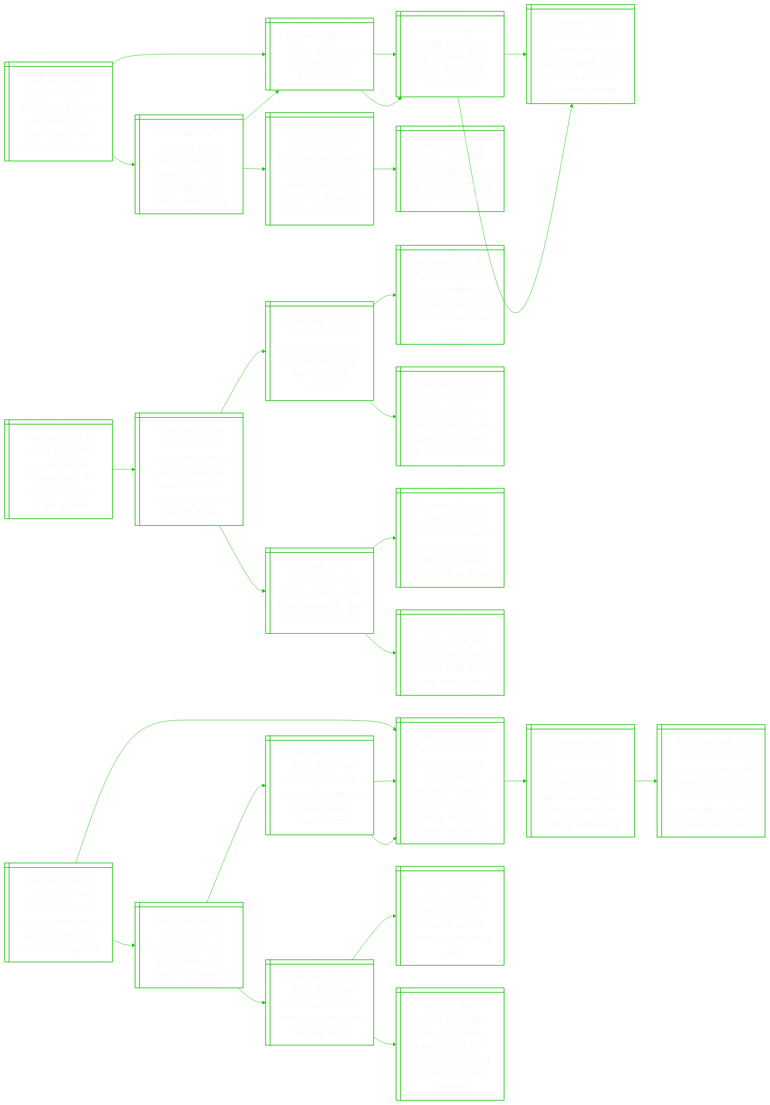
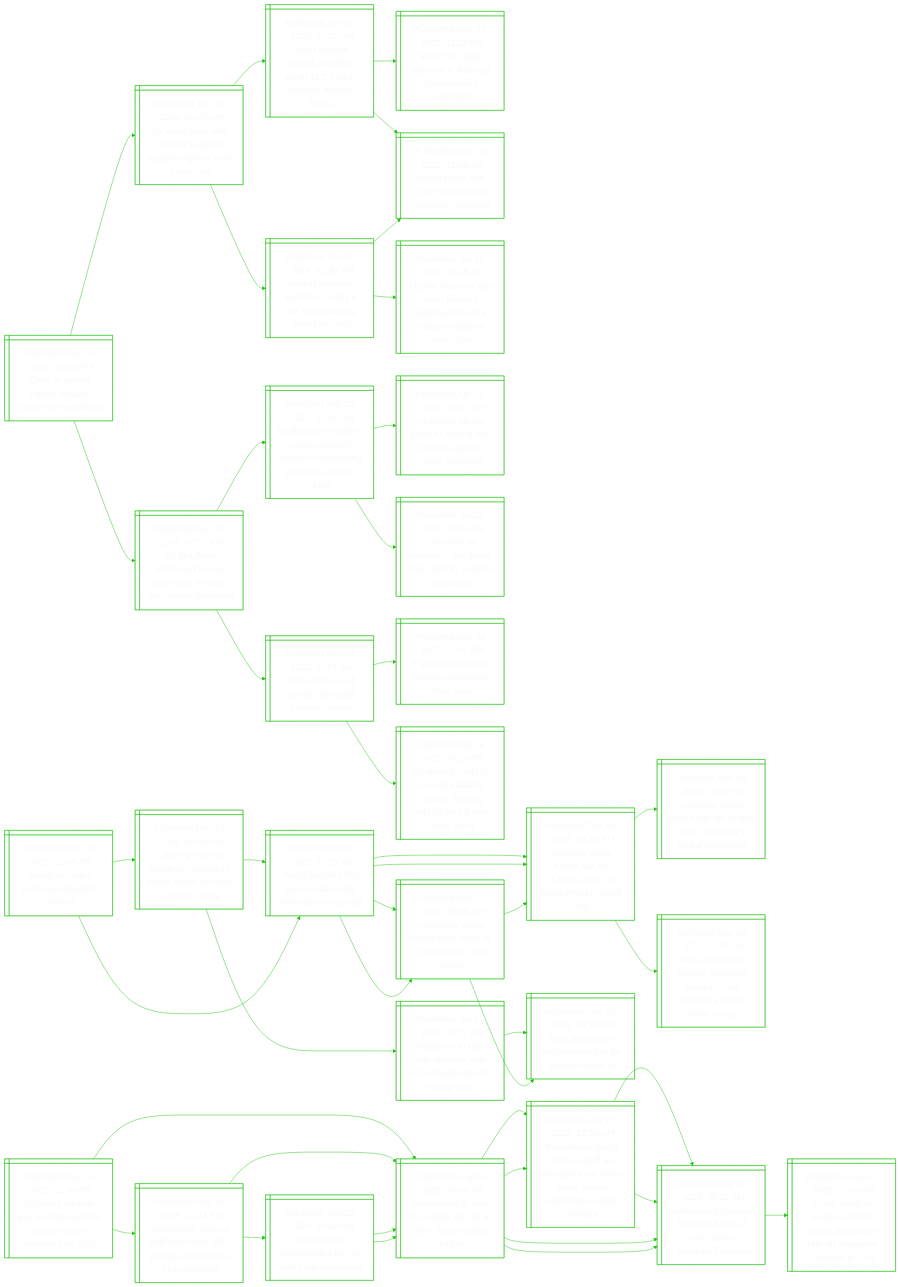
One commit to notJmes/notJmes changed the diagram in README.md. Above: the diagram before and after it, drawn with Mermaid. The commit also changed other lines of this file, not shown here.

````diff
--- a/README.md
+++ b/README.md
@@ -16,94 +16,136 @@
 flowchart LR
 classDef txtsize font-size:20px;
 
-Nydovorohecr@{ shape: win-pane, label: "_Published Dec 10, 2025, 07:57 PM_
-Nearly 200 children conceived from sperm donor with increased cancer risk" }
-Busensdwald@{ shape: win-pane, label: "_Published May 31, 2025, 01:29 AM_
-Belgium says 52 babies born from sperm donor with cancer-linked gene" }
-Tenoe@{ shape: win-pane, label: "_Published Oct 17, 2024, 05:00 AM_
-The sperm donor bros of tech" }
-WPDCmgpe@{ shape: win-pane, label: "_Published Aug 25, 2024, 08:30 AM_
-Who is pavel durov, ceo of messaging app telegram?" }
-SgsonrCsbootnsttp@{ shape: win-pane, label: "_Published Sep 13, 2023, 04:30 PM_
-Stronger, faster, more concentrated: china sperm bank holds contest for university students’ samples" }
-Iiiarstcfni@{ shape: win-pane, label: "_Published Feb 10, 2023, 12:16 PM_
-In ageing china, a call for ‘bold’ steps to cut cost of having babies" }
-Tenoe@{ shape: win-pane, label: "_Published Oct 17, 2024, 05:00 AM_
-The sperm donor bros of tech" }
-WPDCmgpe@{ shape: win-pane, label: "_Published Aug 25, 2024, 08:30 AM_
-Who is pavel durov, ceo of messaging app telegram?" }
-TrsnCvrrdaand@{ shape: win-pane, label: "_Published Aug 25, 2024, 07:45 AM_
-Telegram messaging app ceo pavel durov arrested in france, say french media" }
-TrsnCvrrdaand@{ shape: win-pane, label: "_Published Aug 25, 2024, 07:45 AM_
-Telegram messaging app ceo pavel durov arrested in france, say french media" }
+CitesicUri@{ shape: win-pane, label: "_Published Dec 10, 2025, 11:54 PM_
+Court in austria rejects ukraine tycoon’s us extradition" }
+Urehegtiihtd@{ shape: win-pane, label: "_Published Jan 31, 2024, 05:47 AM_
+Us court sides with sotheby’s against russian oligarch in art fraud case" }
+Snsapioindlh@{ shape: win-pane, label: "_Published Jan 17, 2024, 02:02 AM_
+Stolen picasso, chagall paintings worth $1.2 million found in belgian house" }
+Snotdederr@{ shape: win-pane, label: "_Published Sep 13, 2023, 11:25 PM_
+Stolen van gogh returned in ikea bag ‘damaged but restorable’" }
+Iainleeulu@{ shape: win-pane, label: "_Published Sep 15, 2023, 11:45 AM_
+Italian police find stolen treasures at australian museum" }
+Mducrgnpioys@{ shape: win-pane, label: "_Published Jan 11, 2024, 01:30 AM_
+Madrid museum welcomes ruling it can keep painting looted by nazis" }
+Mdukirnldzalre@{ shape: win-pane, label: "_Published Jan 10, 2024, 07:15 AM_
+Madrid museum may keep pissarro painting looted by nazis, us appeals court rules" }
+Iainleeulu@{ shape: win-pane, label: "_Published Sep 15, 2023, 11:45 AM_
+Italian police find stolen treasures at australian museum" }
+Eoinevurwoses@{ shape: win-pane, label: "_Published Dec 14, 2023, 07:07 PM_
+Ex-fbi official sentenced to over four years for work for russia’s deripaska" }
+Ealdsormoegeons@{ shape: win-pane, label: "_Published Sep 23, 2023, 05:15 AM_
+Ex-fbi agent linked to russian oligarch admits to concealing payments, foreign trips" }
+Uyeutlisordnn@{ shape: win-pane, label: "_Published Apr 26, 2023, 03:47 AM_
+Us lawyer pleads guilty to dealing with russian oligarch under sanctions" }
+LnKtCfcalaa@{ shape: win-pane, label: "_Published Jul 28, 2023, 07:33 AM_
+Life under uk sanctions: chauffeurs, chefs and $1.3 million allowances" }
+DsruasvUn@{ shape: win-pane, label: "_Published Feb 24, 2022, 11:01 AM_
+'darkest hours of europe' as russia invades ukraine" }
+Eshiaalocs@{ shape: win-pane, label: "_Published Feb 24, 2022, 12:41 PM_
+Explosions heard in ukraine capital kyiv, other cities" }
+OaUuakaogrmc@{ shape: win-pane, label: "_Published Feb 24, 2022, 05:20 PM_
+Oil soars to us$105 as russia attacks ukraine, topping us$100 for 1st time since 2014" }
 
-Nydovorohecr:::txtsize --> Busensdwald:::txtsize
-Busensdwald:::txtsize --> Tenoe:::txtsize
-Tenoe:::txtsize --> WPDCmgpe:::txtsize
-Busensdwald:::txtsize --> SgsonrCsbootnsttp:::txtsize
-SgsonrCsbootnsttp:::txtsize --> Iiiarstcfni:::txtsize
-Nydovorohecr:::txtsize --> Tenoe:::txtsize
-Tenoe:::txtsize --> WPDCmgpe:::txtsize
-WPDCmgpe:::txtsize --> TrsnCvrrdaand:::txtsize
-WPDCmgpe:::txtsize --> TrsnCvrrdaand:::txtsize
+CitesicUri:::txtsize --> Urehegtiihtd:::txtsize
+Urehegtiihtd:::txtsize --> Snsapioindlh:::txtsize
+Snsapioindlh:::txtsize --> Snotdederr:::txtsize
+Snsapioindlh:::txtsize --> Iainleeulu:::txtsize
+Urehegtiihtd:::txtsize --> Mducrgnpioys:::txtsize
+Mducrgnpioys:::txtsize --> Mdukirnldzalre:::txtsize
+Mducrgnpioys:::txtsize --> Iainleeulu:::txtsize
+CitesicUri:::txtsize --> Eoinevurwoses:::txtsize
+Eoinevurwoses:::txtsize --> Ealdsormoegeons:::txtsize
+Ealdsormoegeons:::txtsize --> Uyeutlisordnn:::txtsize
+Ealdsormoegeons:::txtsize --> LnKtCfcalaa:::txtsize
+Eoinevurwoses:::txtsize --> DsruasvUn:::txtsize
+DsruasvUn:::txtsize --> Eshiaalocs:::txtsize
+DsruasvUn:::txtsize --> OaUuakaogrmc:::txtsize
 
-Levcwesaov@{ shape: win-pane, label: "_Published Dec 10, 2025, 07:57 PM_
-Louvre thieves escaped with 30 seconds to spare, probe reveals" }
-Leudecafexdrl@{ shape: win-pane, label: "_Published Nov 19, 2025, 06:53 PM_
-Louvre museum to add 100 external cameras by 2026 after heist exposed security flaws" }
-Ptineluiisey@{ shape: win-pane, label: "_Published Oct 19, 2025, 05:51 PM_
-Power tool-wielding thieves flee louvre with ‘priceless’ jewellery" }
-GpboiPoidaes@{ shape: win-pane, label: "_Published Apr 28, 2025, 01:06 PM_
-‘grandpa robbers’ go on trial in paris over kim kardashian jewel heist" }
-Gpssofemmnsrt@{ shape: win-pane, label: "_Published Jun 02, 2025, 11:15 PM_
-Greenpeace steals $59,000 macron wax figure from museum for anti-russia protest" }
-Coievitecjs@{ shape: win-pane, label: "_Published Oct 31, 2025, 07:06 PM_
-Count of paris urges louvre thieves to ‘give us back our jewels’" }
-Leteidlaerrsl@{ shape: win-pane, label: "_Published Oct 22, 2025, 02:52 AM_
-Louvre heist losses estimated at $133 million as museum director faces grilling" }
-PLeubhwitea@{ shape: win-pane, label: "_Published Oct 20, 2025, 02:36 AM_
-Paris’ louvre museum robbery: what jewels did the thieves steal?" }
+Igsieomr@{ shape: win-pane, label: "_Published Dec 10, 2025, 11:45 PM_
+Instagram users given new algorithm controls" }
+Itooersaisues@{ shape: win-pane, label: "_Published Dec 10, 2025, 08:48 PM_
+‘i didn’t get to say goodbye’: australia’s social media ban stirs unease, praise" }
+Wwesnaisita@{ shape: win-pane, label: "_Published Dec 10, 2025, 11:15 AM_
+World watches first teen social media ban start in australia" }
+Aaombrdnafils@{ shape: win-pane, label: "_Published Dec 09, 2025, 09:32 PM_
+Australia social media ban for children under 16 takes effect in world first" }
+Aneaisesint@{ shape: win-pane, label: "_Published Dec 10, 2025, 08:20 AM_
+Alternative social media apps surge as australia teen ban starts" }
+SpnsAavceayu@{ shape: win-pane, label: "_Published Jan 07, 2025, 01:27 PM_
+Singapore in talks with australia over social media ban for young users" }
+Aaaslaolu@{ shape: win-pane, label: "_Published Nov 28, 2024, 08:33 PM_
+Australia passes social media ban for children under 16" }
+Wwesnaisita@{ shape: win-pane, label: "_Published Dec 10, 2025, 11:15 AM_
+World watches first teen social media ban start in australia" }
+Aaombrdnafils@{ shape: win-pane, label: "_Published Dec 09, 2025, 09:32 PM_
+Australia social media ban for children under 16 takes effect in world first" }
+Aaombtkeagbaw@{ shape: win-pane, label: "_Published Dec 09, 2025, 12:07 PM_
+Australia social media ban set to take effect, sparking a global crackdown" }
+FulEetmocromas@{ shape: win-pane, label: "_Published Dec 09, 2025, 12:37 PM_
+From australia to europe, countries move to curb children’s social media access" }
+Aneaisesint@{ shape: win-pane, label: "_Published Dec 10, 2025, 08:20 AM_
+Alternative social media apps surge as australia teen ban starts" }
+Aaaslaolu@{ shape: win-pane, label: "_Published Nov 28, 2024, 08:33 PM_
+Australia passes social media ban for children under 16" }
+Aaombrdnafils@{ shape: win-pane, label: "_Published Dec 09, 2025, 09:32 PM_
+Australia social media ban for children under 16 takes effect in world first" }
 
-Levcwesaov:::txtsize --> Leudecafexdrl:::txtsize
-Leudecafexdrl:::txtsize --> Ptineluiisey:::txtsize
-Ptineluiisey:::txtsize --> GpboiPoidaes:::txtsize
-Ptineluiisey:::txtsize --> Gpssofemmnsrt:::txtsize
-Leudecafexdrl:::txtsize --> Coievitecjs:::txtsize
-Coievitecjs:::txtsize --> Leteidlaerrsl:::txtsize
-Coievitecjs:::txtsize --> PLeubhwitea:::txtsize
+Igsieomr:::txtsize --> Itooersaisues:::txtsize
+Itooersaisues:::txtsize --> Wwesnaisita:::txtsize
+Wwesnaisita:::txtsize --> Aaombrdnafils:::txtsize
+Wwesnaisita:::txtsize --> Aneaisesint:::txtsize
+Itooersaisues:::txtsize --> SpnsAavceayu:::txtsize
+SpnsAavceayu:::txtsize --> Aaaslaolu:::txtsize
+Igsieomr:::txtsize --> Wwesnaisita:::txtsize
+Wwesnaisita:::txtsize --> Aaombrdnafils:::txtsize
+Aaombrdnafils:::txtsize --> Aaombtkeagbaw:::txtsize
+Aaombrdnafils:::txtsize --> FulEetmocromas:::txtsize
+Wwesnaisita:::txtsize --> Aneaisesint:::txtsize
+Aneaisesint:::txtsize --> Aaaslaolu:::txtsize
+Aneaisesint:::txtsize --> Aaombrdnafils:::txtsize
 
-NwgacnscNsuegt@{ shape: win-pane, label: "_Published Dec 10, 2025, 07:37 PM_
-Nonna was right! italian cuisine wins a place on unesco’s cultural heritage list" }
-IniftaiEegt@{ shape: win-pane, label: "_Published Dec 10, 2025, 03:10 PM_
-Indian festival of lights diwali joins unesco heritage list" }
-BdaatcaretSd@{ shape: win-pane, label: "_Published Dec 09, 2025, 05:52 PM_
-Beyond pizza and pasta: italy’s culinary heritage awaits unesco nod" }
-Spneiudttbncalthas@{ shape: win-pane, label: "_Published Dec 04, 2024, 09:53 PM_
-Singapore and 4 other nations succeed in getting the kebaya on unesco intangible cultural heritage list" }
-Spneiudttbncalthas@{ shape: win-pane, label: "_Published Dec 04, 2024, 09:53 PM_
-Singapore and 4 other nations succeed in getting the kebaya on unesco intangible cultural heritage list" }
-YaSipyhas@{ shape: win-pane, label: "_Published Dec 05, 2025, 02:55 PM_
-Yo-de-lay-unesco? swiss hope for yodel heritage listing" }
-Gstscrregw@{ shape: win-pane, label: "_Published Dec 03, 2025, 10:55 PM_
-Gazans race to preserve cultural heritage damaged in war" }
-PvtusMPupsen@{ shape: win-pane, label: "_Published Sep 17, 2025, 07:11 AM_
-Peru evacuates 1,400 tourists from machu picchu amid protest; 900 more stranded" }
-Spneiudttbncalthas@{ shape: win-pane, label: "_Published Dec 04, 2024, 09:53 PM_
-Singapore and 4 other nations succeed in getting the kebaya on unesco intangible cultural heritage list" }
-Spneionefeniuail@{ shape: win-pane, label: "_Published Nov 23, 2022, 03:00 PM_
-Singapore and 3 other nations to nominate kebaya for unesco intangible cultural heritage list" }
-SpagirteUoneuegio@{ shape: win-pane, label: "_Published Mar 15, 2022, 05:00 AM_
-Singapore casting net wide for inputs on second unesco intangible cultural heritage nomination" }
+EmiGrntilpdo@{ shape: win-pane, label: "_Published Dec 10, 2025, 11:40 PM_
+Economy minister guy parmelin elected switzerland’s president for 2026" }
+SedeesUotfk@{ shape: win-pane, label: "_Published Aug 08, 2025, 04:08 AM_
+Switzerland to seek more talks with us as 39% ‘horror’ tariffs kick in" }
+Sednaastnetaagma@{ shape: win-pane, label: "_Published Aug 07, 2025, 12:50 AM_
+Switzerland facing 39% us tariff as president karin keller-sutter leaves washington empty-handed" }
+SednUiteeaoo@{ shape: win-pane, label: "_Published Aug 02, 2025, 05:11 AM_
+Switzerland stunned by us tariff rate of 39%, seeks negotiated solution" }
+SednUiteeaoo@{ shape: win-pane, label: "_Published Aug 02, 2025, 05:11 AM_
+Switzerland stunned by us tariff rate of 39%, seeks negotiated solution" }
+SednUiteeaoo@{ shape: win-pane, label: "_Published Aug 02, 2025, 05:11 AM_
+Switzerland stunned by us tariff rate of 39%, seeks negotiated solution" }
+Tmiccraodrnarn@{ shape: win-pane, label: "_Published Aug 01, 2025, 07:56 AM_
+Trump modifies reciprocal tariffs ahead of deadline; rate on singapore remains at 10%" }
+SedUittdinve@{ shape: win-pane, label: "_Published Nov 14, 2025, 11:44 PM_
+Switzerland wins us tariff rate cut to 15%, pledges $260 billion in investments" }
+SedeesUotfk@{ shape: win-pane, label: "_Published Aug 08, 2025, 04:08 AM_
+Switzerland to seek more talks with us as 39% ‘horror’ tariffs kick in" }
+Sednaastnetaagma@{ shape: win-pane, label: "_Published Aug 07, 2025, 12:50 AM_
+Switzerland facing 39% us tariff as president karin keller-sutter leaves washington empty-handed" }
+SednUiteeaoo@{ shape: win-pane, label: "_Published Aug 02, 2025, 05:11 AM_
+Switzerland stunned by us tariff rate of 39%, seeks negotiated solution" }
+Sedcerasti@{ shape: win-pane, label: "_Published Sep 11, 2025, 10:42 PM_
+Switzerland’s watchmakers turn us tariffs into timepieces" }
+SedeesUotfk@{ shape: win-pane, label: "_Published Aug 08, 2025, 04:08 AM_
+Switzerland to seek more talks with us as 39% ‘horror’ tariffs kick in" }
+SedeesUotfk@{ shape: win-pane, label: "_Published Aug 08, 2025, 04:08 AM_
+Switzerland to seek more talks with us as 39% ‘horror’ tariffs kick in" }
 
-NwgacnscNsuegt:::txtsize --> IniftaiEegt:::txtsize
-IniftaiEegt:::txtsize --> BdaatcaretSd:::txtsize
-BdaatcaretSd:::txtsize --> Spneiudttbncalthas:::txtsize
-BdaatcaretSd:::txtsize --> Spneiudttbncalthas:::txtsize
-IniftaiEegt:::txtsize --> YaSipyhas:::txtsize
-YaSipyhas:::txtsize --> Gstscrregw:::txtsize
-YaSipyhas:::txtsize --> PvtusMPupsen:::txtsize
-NwgacnscNsuegt:::txtsize --> Spneiudttbncalthas:::txtsize
-Spneiudttbncalthas:::txtsize --> Spneionefeniuail:::txtsize
-Spneionefeniuail:::txtsize --> SpagirteUoneuegio:::txtsize
+EmiGrntilpdo:::txtsize --> SedeesUotfk:::txtsize
+SedeesUotfk:::txtsize --> Sednaastnetaagma:::txtsize
+Sednaastnetaagma:::txtsize --> SednUiteeaoo:::txtsize
+Sednaastnetaagma:::txtsize --> SednUiteeaoo:::txtsize
+SedeesUotfk:::txtsize --> SednUiteeaoo:::txtsize
+SednUiteeaoo:::txtsize --> Tmiccraodrnarn:::txtsize
+EmiGrntilpdo:::txtsize --> SedUittdinve:::txtsize
+SedUittdinve:::txtsize --> SedeesUotfk:::txtsize
+SedeesUotfk:::txtsize --> Sednaastnetaagma:::txtsize
+SedeesUotfk:::txtsize --> SednUiteeaoo:::txtsize
+SedUittdinve:::txtsize --> Sedcerasti:::txtsize
+Sedcerasti:::txtsize --> SedeesUotfk:::txtsize
+Sedcerasti:::txtsize --> SedeesUotfk:::txtsize
 
 ```
````
